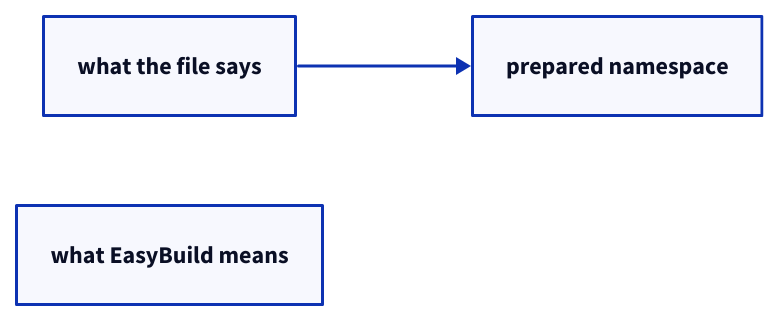
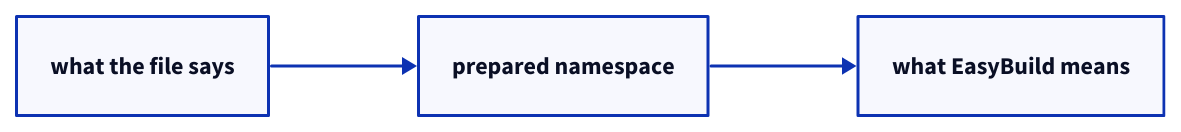
The diagram in source/_static/diagrams/00-says-vs-means.d2 (HaoZeke/what-easybuild-is-doing), drawn with D2 before and after one commit. The commit also changed 31 other files, not shown here.

```diff
--- a/source/_static/diagrams/00-says-vs-means.d2
+++ b/source/_static/diagrams/00-says-vs-means.d2
@@ -1,5 +1,6 @@
 direction: right
 n0: "what the file says"
 n1: "prepared namespace"
 n2: "what EasyBuild means"
 n0 -> n1
+n1 -> n2
```
